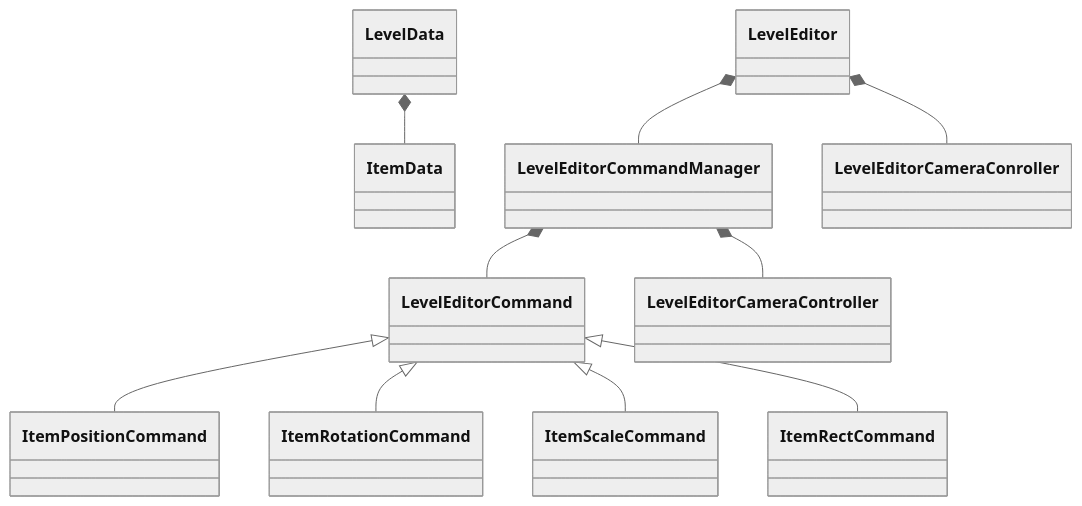
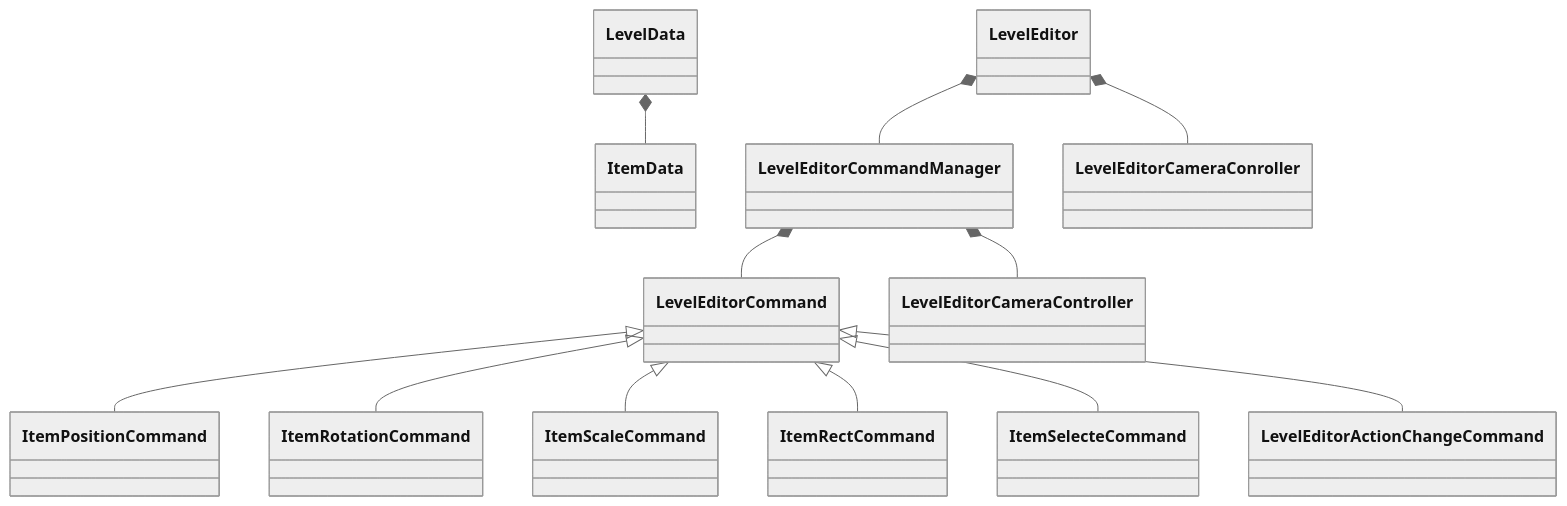
Before and after one commit to flicker-studio/RimeEditor: the eighth of 8 diagrams in README.md, drawn with Mermaid (neutral theme). The commit also changed other lines of this file and 37 other files, not shown here.

````diff
--- a/README.md
+++ b/README.md
@@ -285,12 +287,14 @@
 ```mermaid
 classDiagram
 LevelEditorCommand <|-- ItemPositionCommand
 LevelEditorCommand <|-- ItemRotationCommand
 LevelEditorCommand <|-- ItemScaleCommand
 LevelEditorCommand <|-- ItemRectCommand
+LevelEditorCommand <|-- ItemSelecteCommand
+LevelEditorCommand <|-- LevelEditorActionChangeCommand
 LevelEditorCommandManager *-- LevelEditorCommand
 LevelEditorCommandManager *-- LevelEditorCameraController
 LevelData *-- ItemData
 LevelEditor *-- LevelEditorCommandManager
 LevelEditor *-- LevelEditorCameraConroller
 ```
````
